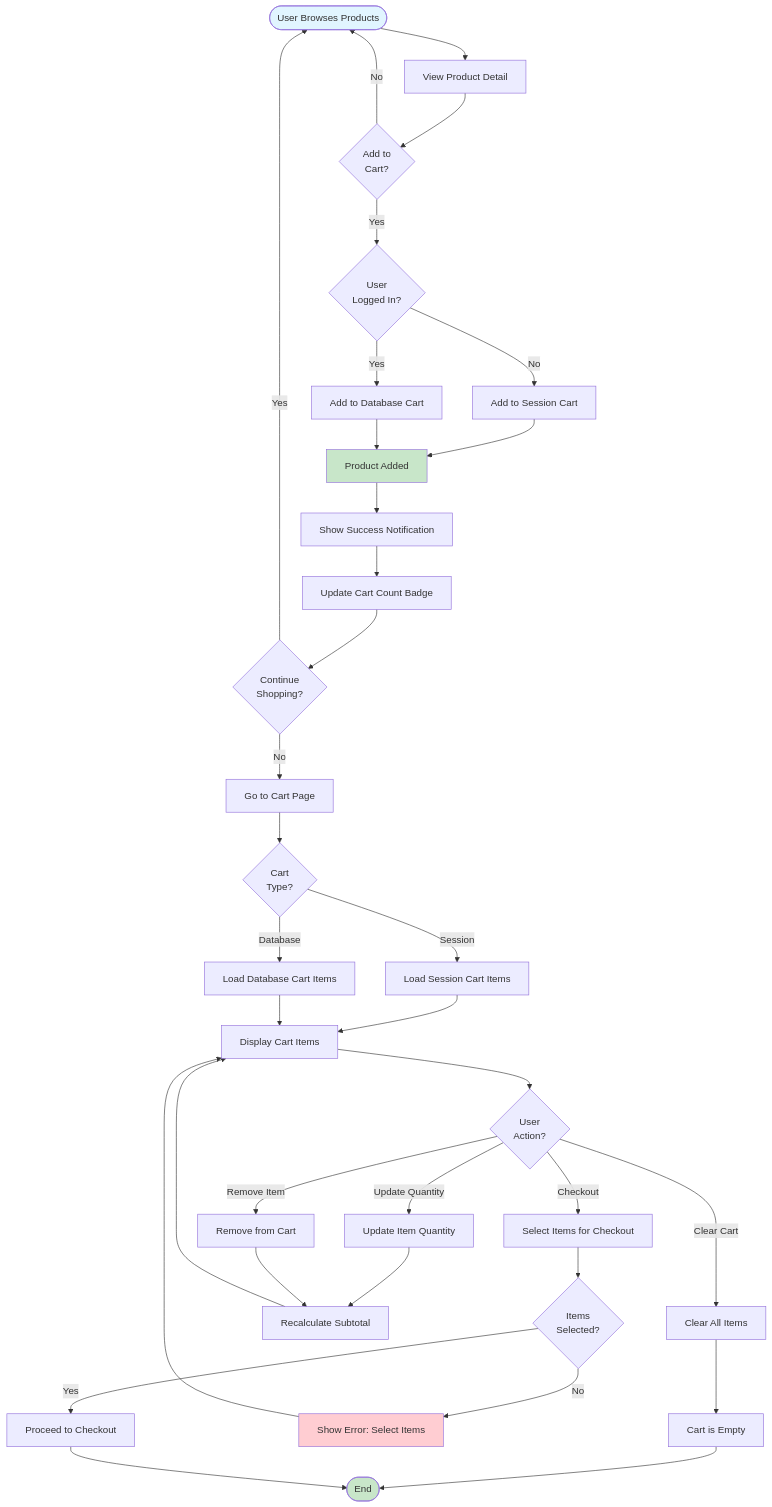
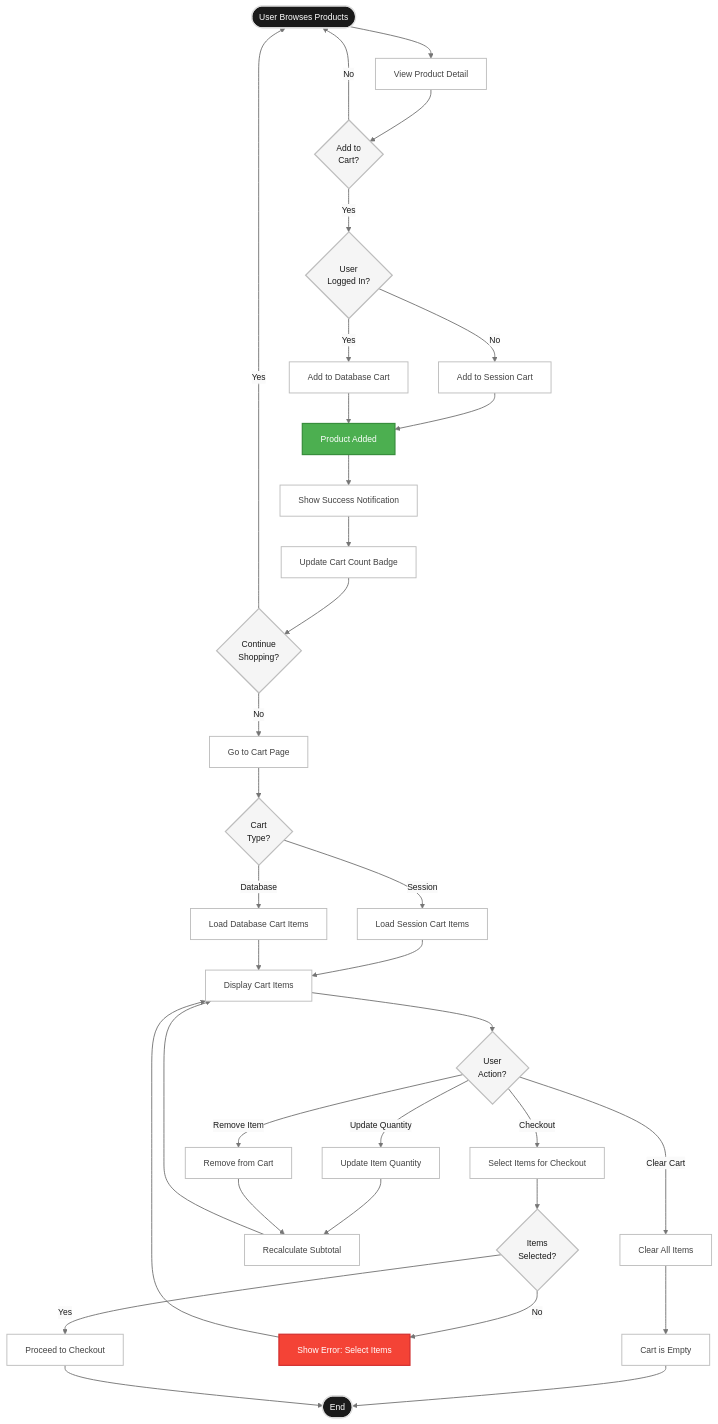
The fourth of 6 diagrams in FLOWCHARTS.md (alfrzdv/teoriwarna), drawn with Mermaid before and after one commit. The commit also changed other lines of this file and 2 other files, not shown here.

Commit message:
add flowchart gabungan

````diff
--- a/FLOWCHARTS.md
+++ b/FLOWCHARTS.md
@@ -258,54 +287,65 @@
 ```mermaid
+%%{init: {'theme':'base', 'themeVariables': { 'primaryColor':'#ffffff','primaryTextColor':'#1a1a1a','primaryBorderColor':'#e0e0e0','lineColor':'#757575','secondaryColor':'#fafafa','tertiaryColor':'#f5f5f5','background':'#ffffff','fontSize':'14px','fontFamily':'Georgia, serif'}}}%%
+
 flowchart TD
     Start([User Browses Products]) --> ViewProduct[View Product Detail]
 
     ViewProduct --> AddToCart{Add to<br/>Cart?}
     AddToCart -->|No| Start
     AddToCart -->|Yes| CheckAuth{User<br/>Logged In?}
 
     CheckAuth -->|No| SessionCart[Add to Session Cart]
     CheckAuth -->|Yes| DatabaseCart[Add to Database Cart]
 
     SessionCart --> CartAdded[Product Added]
     DatabaseCart --> CartAdded
 
     CartAdded --> ShowNotification[Show Success Notification]
     ShowNotification --> UpdateCartCount[Update Cart Count Badge]
 
     UpdateCartCount --> ContinueBrowsing{Continue<br/>Shopping?}
     ContinueBrowsing -->|Yes| Start
     ContinueBrowsing -->|No| ViewCart[Go to Cart Page]
 
     ViewCart --> CheckCartType{Cart<br/>Type?}
     CheckCartType -->|Session| LoadSession[Load Session Cart Items]
     CheckCartType -->|Database| LoadDB[Load Database Cart Items]
 
     LoadSession --> ShowItems[Display Cart Items]
     LoadDB --> ShowItems
 
     ShowItems --> UserAction{User<br/>Action?}
 
     UserAction -->|Update Quantity| UpdateQty[Update Item Quantity]
     UserAction -->|Remove Item| RemoveItem[Remove from Cart]
     UserAction -->|Clear Cart| ClearCart[Clear All Items]
     UserAction -->|Checkout| SelectItems[Select Items for Checkout]
 
     UpdateQty --> RecalculateSubtotal[Recalculate Subtotal]
     RemoveItem --> RecalculateSubtotal
     ClearCart --> EmptyCart[Cart is Empty]
 
     RecalculateSubtotal --> ShowItems
 
     SelectItems --> ValidateSelection{Items<br/>Selected?}
     ValidateSelection -->|No| ShowError[Show Error: Select Items]
     ValidateSelection -->|Yes| ProceedCheckout[Proceed to Checkout]
 
     ShowError --> ShowItems
     EmptyCart --> End([End])
     ProceedCheckout --> End
 
-    style Start fill:#e1f5ff
-    style End fill:#c8e6c9
-    style CartAdded fill:#c8e6c9
-    style ShowError fill:#ffcdd2
+    classDef startEnd fill:#1a1a1a,stroke:#e0e0e0,stroke-width:2px,color:#ffffff
+    classDef success fill:#4caf50,stroke:#388e3c,stroke-width:2px,color:#ffffff
+    classDef error fill:#f44336,stroke:#d32f2f,stroke-width:2px,color:#ffffff
+    classDef process fill:#ffffff,stroke:#bdbdbd,stroke-width:1.5px,color:#424242
+    classDef decision fill:#f5f5f5,stroke:#bdbdbd,stroke-width:2px,color:#1a1a1a
+    
+    class Start,End startEnd
+    class CartAdded success
+    class ShowError error
+    class ViewProduct,SessionCart,DatabaseCart,ShowNotification,UpdateCartCount,ViewCart,LoadSession,LoadDB,ShowItems,UpdateQty,RemoveItem,ClearCart,SelectItems,RecalculateSubtotal,EmptyCart,ProceedCheckout process
+    class AddToCart,CheckAuth,ContinueBrowsing,CheckCartType,UserAction,ValidateSelection decision
+    
+    linkStyle default stroke:#757575,stroke-width:1.5px
 ```
````
